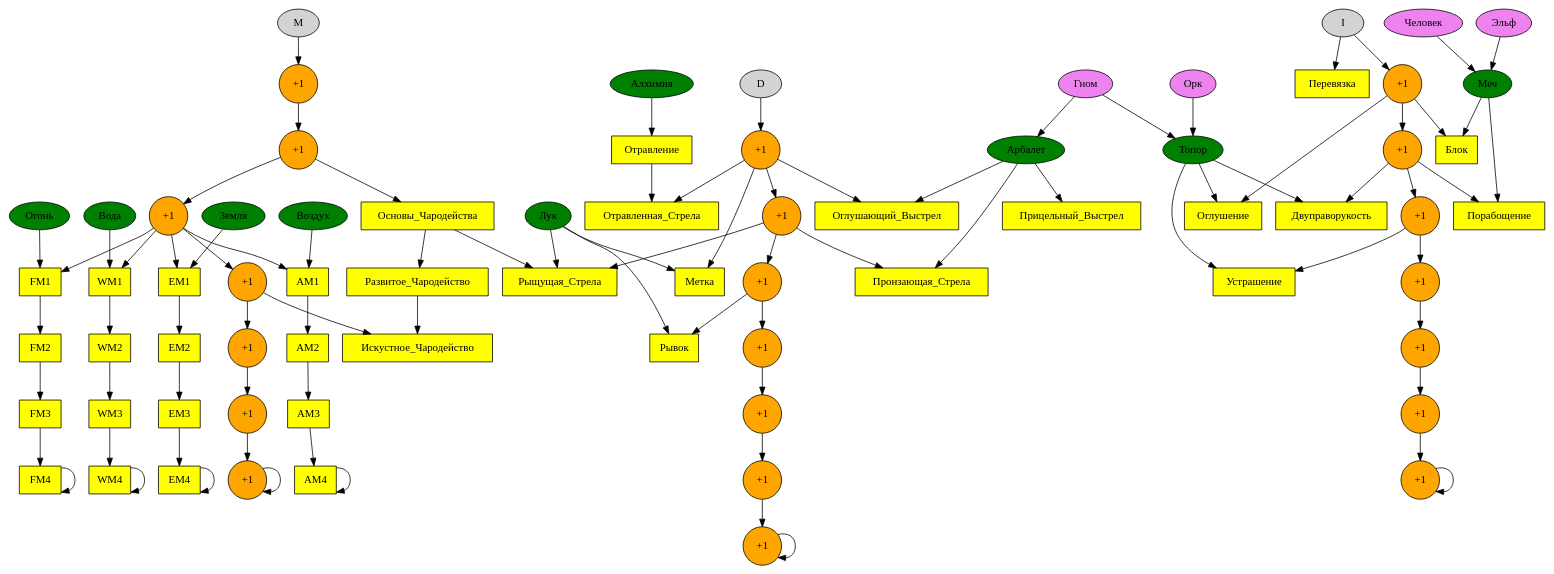
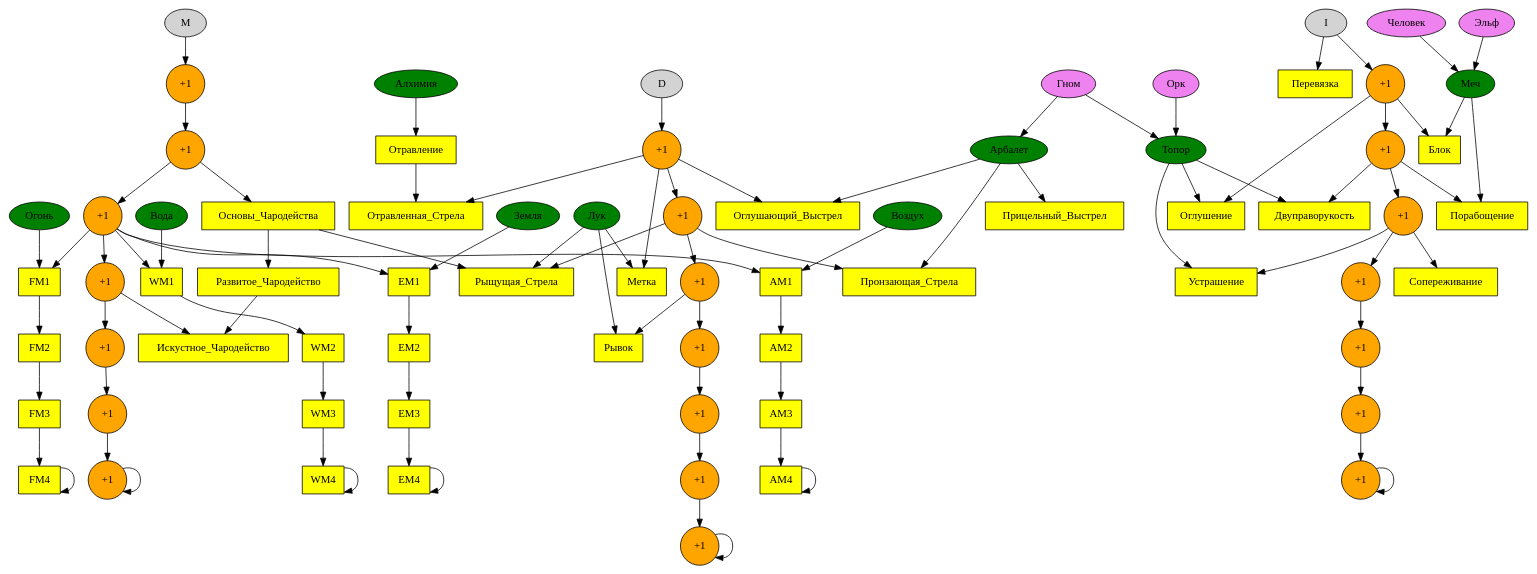
The diagram in rpg2.dot (hurufu/rpg), drawn with Graphviz before and after one commit.

Commit message:
Добавлно: Меч -> Сопереживание

```diff
--- a/rpg2.dot
+++ b/rpg2.dot
@@ -1,58 +1,59 @@
 strict digraph rpg {
 	node [style=filled];
 	D; I; M;
 	node [fillcolor=green];
 	Лук; Арбалет; Алхимия; Огонь; Вода; Земля; Воздух; Меч; Топор;
 	node [fillcolor=violet];
 	Человек; Гном; Эльф; Орк;
 	node [label="+1", style=filled, shape=circle, fillcolor=orange, color=black];
 	D -> D1 -> D2 -> D3 -> D4 -> D5 -> D6 -> D7 -> D7;
 	M -> M1 -> M2 -> M3 -> M4 -> M5 -> M6 -> M7 -> M7;
 	I -> I1 -> I2 -> I3 -> I4 -> I5 -> I6 -> I7 -> I7;
 	node [label="\N", shape=box, fillcolor=yellow];
 	Человек -> Меч;
 	Эльф -> Меч;
 	Гном -> Топор;
 	Гном -> Арбалет;
 	Орк -> Топор;
 	D1 -> Отравленная_Стрела;
 	D1 -> Метка;
 	D1 -> Оглушающий_Выстрел;
 	D2 -> Рыщущая_Стрела;
 	D2 -> Пронзающая_Стрела;
 	D3 -> Рывок;
 	M2 -> Основы_Чародейства -> Развитое_Чародейство -> Искустное_Чародейство;
 	Основы_Чародейства -> Рыщущая_Стрела;
 	M4 -> Искустное_Чародейство;
 	M3 -> FM1;
 	M3 -> WM1;
 	M3 -> EM1;
 	M3 -> AM1;
 	Огонь -> FM1;
 	Вода -> WM1;
 	Земля -> EM1;
 	Воздух -> AM1;
 	FM1 -> FM2 -> FM3 -> FM4 -> FM4;
 	WM1 -> WM2 -> WM3 -> WM4 -> WM4;
 	EM1 -> EM2 -> EM3 -> EM4 -> EM4;
 	AM1 -> AM2 -> AM3 -> AM4 -> AM4;
 	Лук -> Метка;
 	Лук -> Рывок;
 	Лук -> Рыщущая_Стрела;
 	Арбалет -> Прицельный_Выстрел;
 	Арбалет -> Оглушающий_Выстрел;
 	Арбалет -> Пронзающая_Стрела;
 	Алхимия -> Отравление;
 	Отравление -> Отравленная_Стрела;
 	I -> Перевязка;
 	I1 -> Блок;
 	I1 -> Оглушение;
 	I2 -> Порабощение;
 	I2 -> Двуправорукость;
+	I3 -> Сопереживание;
 	I3 -> Устрашение;
 	Меч -> Блок;
 	Меч -> Порабощение;
 	Топор -> Оглушение;
 	Топор -> Двуправорукость;
 	Топор -> Устрашение;
 }
```
